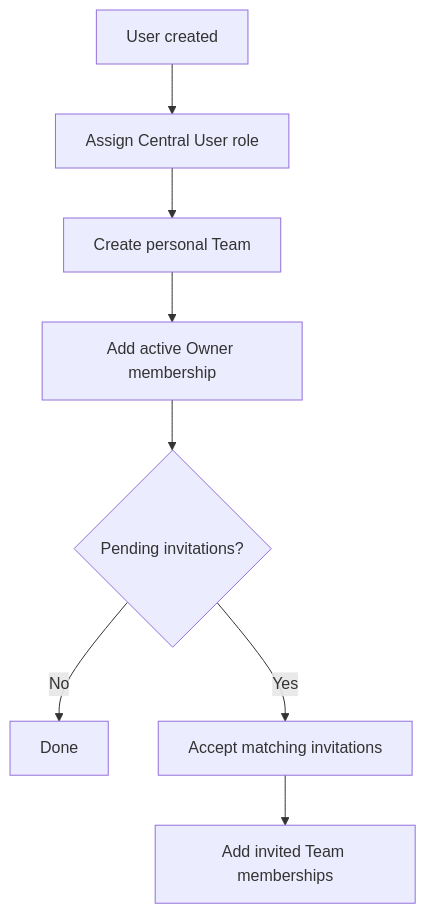
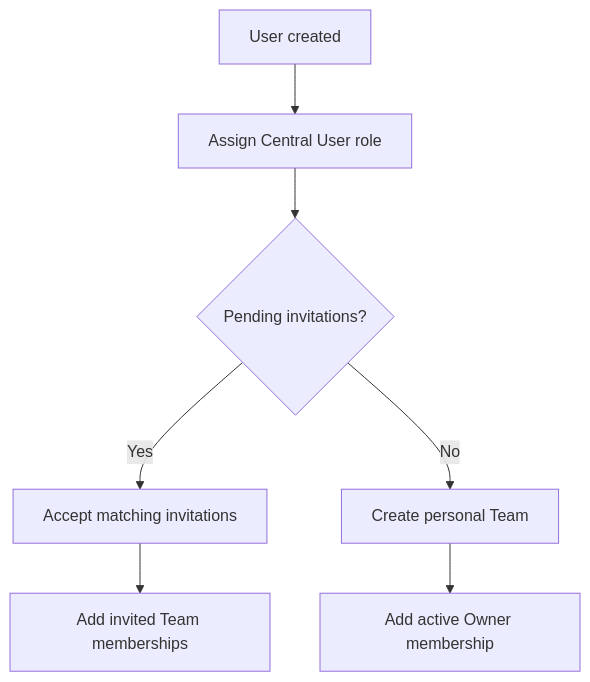
Before and after one commit to frappe/central: the third of 3 diagrams in spec/IAM.md, drawn with Mermaid. The commit also changed other lines of this file and 21 other files, not shown here.

````diff
--- a/spec/IAM.md
+++ b/spec/IAM.md
@@ -81,10 +81,9 @@
 ```mermaid
 flowchart TD
     U[User created] --> R[Assign Central User role]
-    R --> PT[Create personal Team]
-    PT --> OM[Add active Owner membership]
-    OM --> P{Pending invitations?}
-    P -->|No| D[Done]
+    R --> P{Pending invitations?}
     P -->|Yes| A[Accept matching invitations]
     A --> IM[Add invited Team memberships]
+    P -->|No| PT[Create personal Team]
+    PT --> OM[Add active Owner membership]
 ```
````
